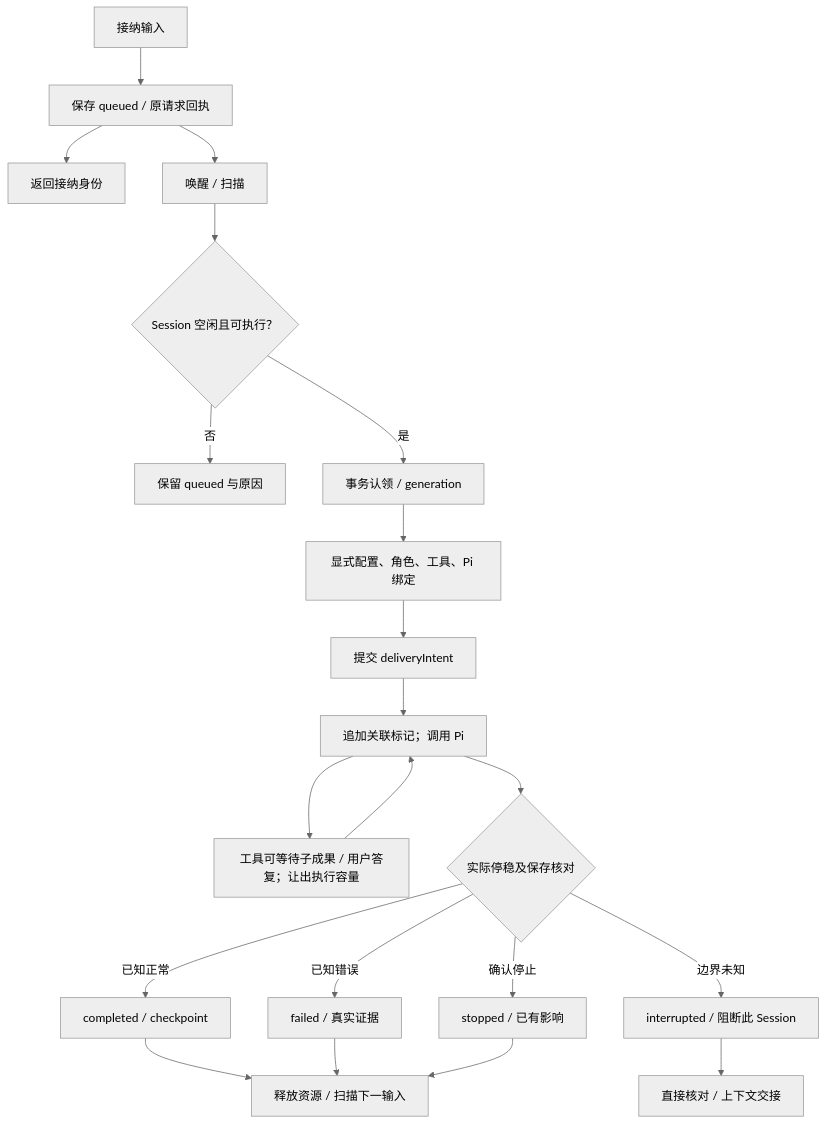
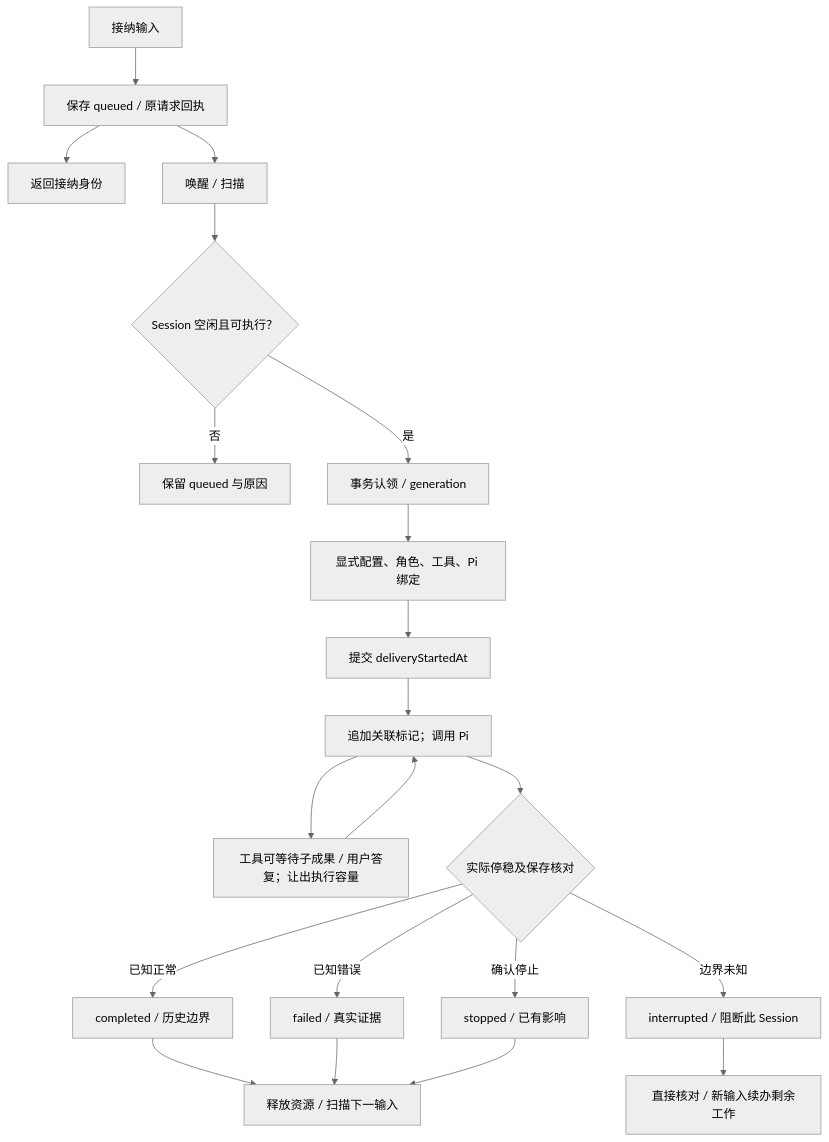
One commit to mojiaicrypto-ops/Kaiming changed the second of 3 diagrams in docs/technicalnew/architecture.md. Above: the diagram before and after it, drawn with Mermaid (neutral theme). The commit also changed other lines of this file and 31 other files, not shown here.

````diff
--- a/docs/technicalnew/architecture.md
+++ b/docs/technicalnew/architecture.md
@@ -49,23 +49,23 @@
 ```mermaid
 flowchart TD
   INPUT[接纳输入] --> COMMIT[保存 queued / 原请求回执]
   COMMIT --> ACK[返回接纳身份]
   COMMIT --> SCAN[唤醒 / 扫描]
   SCAN --> READY{Session 空闲且可执行？}
   READY -->|否| KEEP[保留 queued 与原因]
   READY -->|是| CLAIM[事务认领 / generation]
   CLAIM --> LOAD[显式配置、角色、工具、Pi 绑定]
-  LOAD --> INTENT[提交 deliveryIntent]
+  LOAD --> INTENT[提交 deliveryStartedAt]
   INTENT --> PI[追加关联标记；调用 Pi]
   PI --> WAIT[工具可等待子成果 / 用户答复；让出执行容量]
   WAIT --> PI
   PI --> END{实际停稳及保存核对}
-  END -->|已知正常| DONE[completed / checkpoint]
+  END -->|已知正常| DONE[completed / 历史边界]
   END -->|已知错误| FAIL[failed / 真实证据]
   END -->|确认停止| STOP[stopped / 已有影响]
   END -->|边界未知| UNKNOWN[interrupted / 阻断此 Session]
   DONE --> NEXT[释放资源 / 扫描下一输入]
   FAIL --> NEXT
   STOP --> NEXT
-  UNKNOWN --> RECOVER[直接核对 / 上下文交接]
+  UNKNOWN --> RECOVER[直接核对 / 新输入续办剩余工作]
 ```
````
